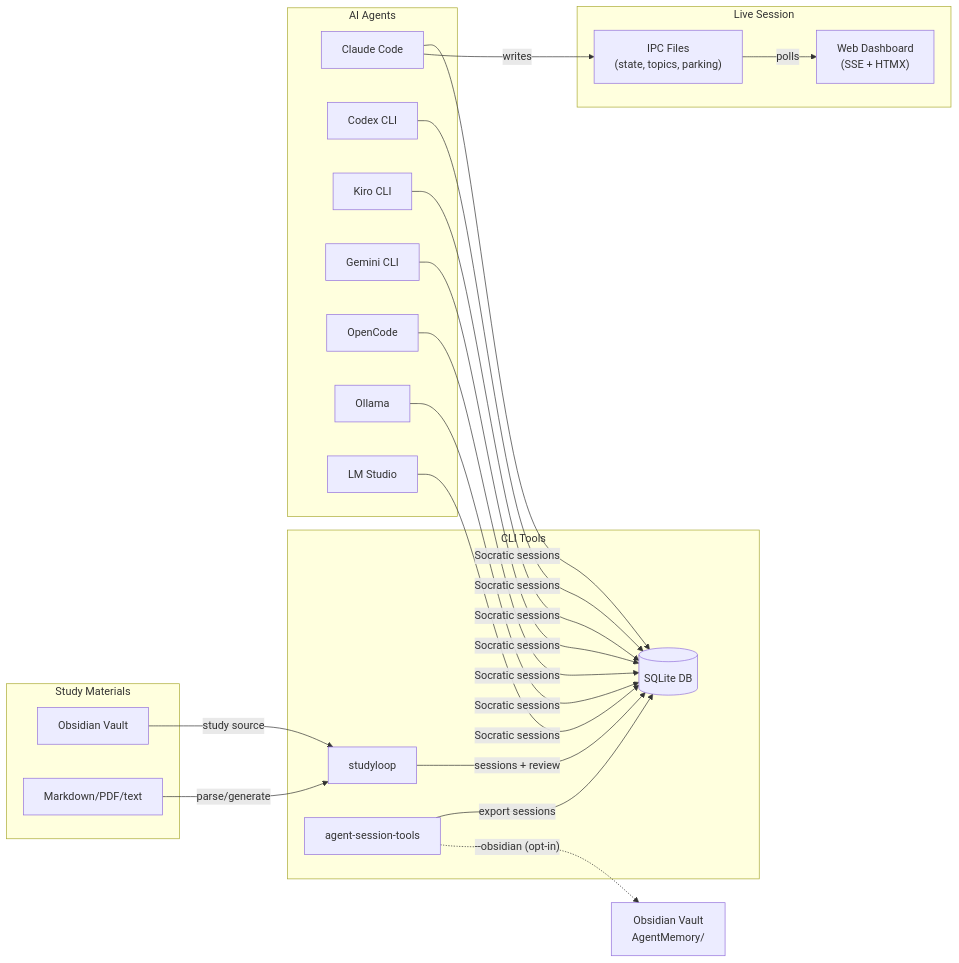
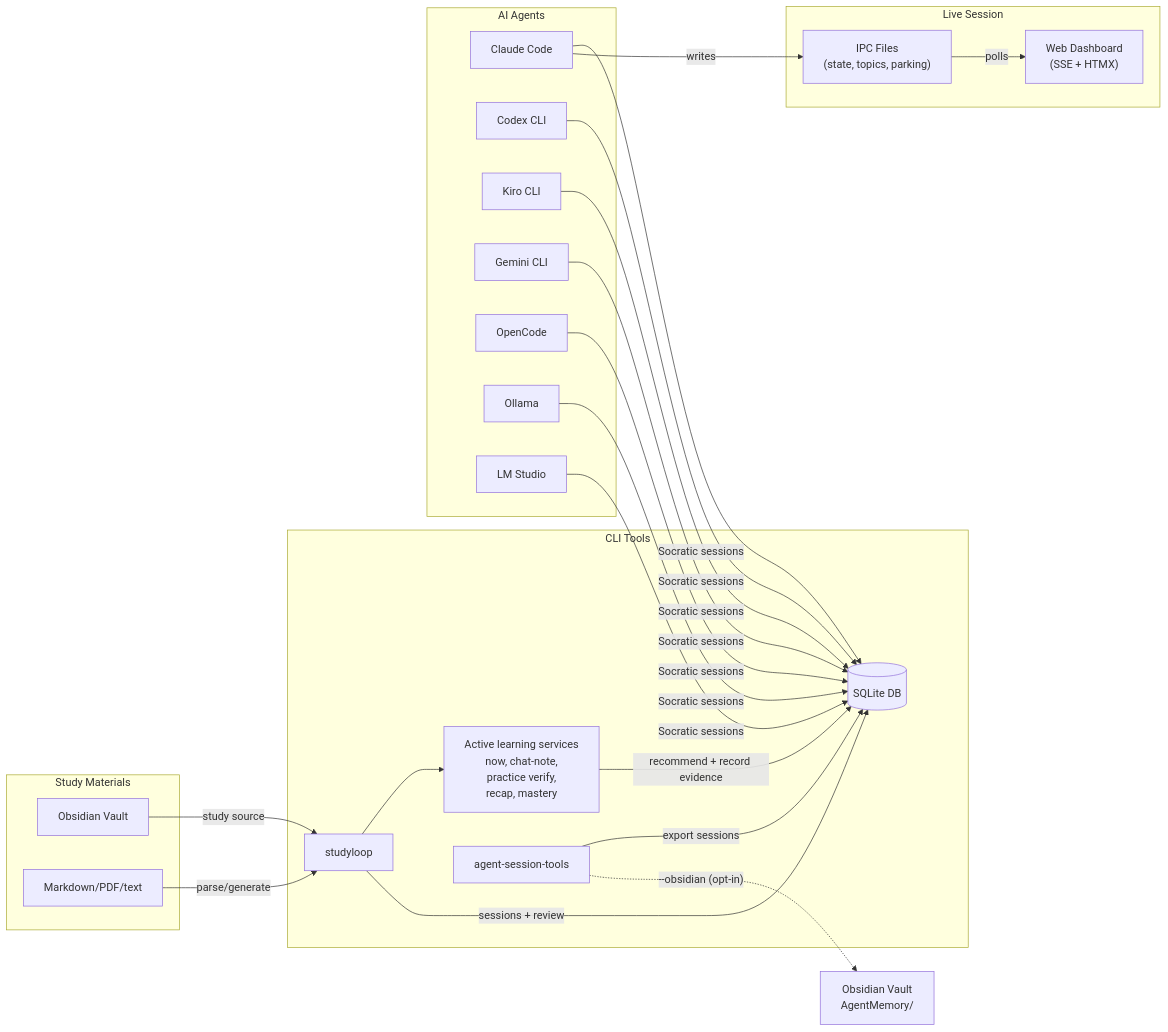
One commit to NetDevAutomate/StudyLoop changed the diagram in README.md. Above: the diagram before and after it, drawn with Mermaid. The commit also changed other lines of this file and 7 other files, not shown here.

Commit message:
docs: update architecture for active learning loops

````diff
--- a/README.md
+++ b/README.md
@@ -59,45 +59,48 @@
 ```mermaid
 graph LR
     subgraph "Study Materials"
         OB[Obsidian Vault]
         SRC[Markdown/PDF/text]
     end
 
     subgraph "CLI Tools"
         SC[studyloop]
+        LEARN["Active learning services<br/>now, chat-note,<br/>practice verify,<br/>recap, mastery"]
         AST[agent-session-tools]
         DB[(SQLite DB)]
     end
 
     subgraph "AI Agents"
         CA[Claude Code]
         CX[Codex CLI]
         KA[Kiro CLI]
         GA[Gemini CLI]
         OA[OpenCode]
         OL[Ollama]
         LM[LM Studio]
     end
 
     subgraph "Live Session"
         IPC["IPC Files<br/>(state, topics, parking)"]
         SSE["Web Dashboard<br/>(SSE + HTMX)"]
     end
 
     OBV["Obsidian Vault<br/>AgentMemory/"]
 
     OB -->|study source| SC
     SRC -->|parse/generate| SC
+    SC --> LEARN
     SC -->|sessions + review| DB
+    LEARN -->|recommend + record evidence| DB
     AST -->|export sessions| DB
     AST -.->|"--obsidian (opt-in)"| OBV
     CA -->|Socratic sessions| DB
     CX -->|Socratic sessions| DB
     KA -->|Socratic sessions| DB
     GA -->|Socratic sessions| DB
     OA -->|Socratic sessions| DB
     OL -->|Socratic sessions| DB
     LM -->|Socratic sessions| DB
     CA -->|writes| IPC
     IPC -->|polls| SSE
 ```
````
